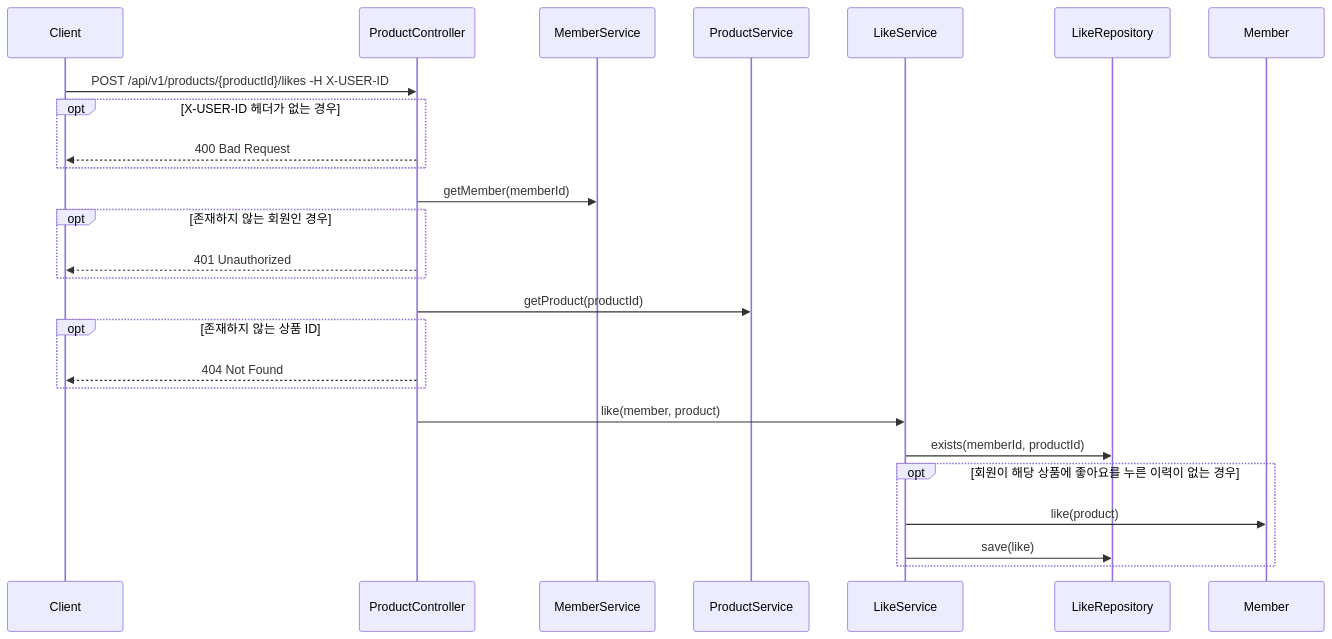
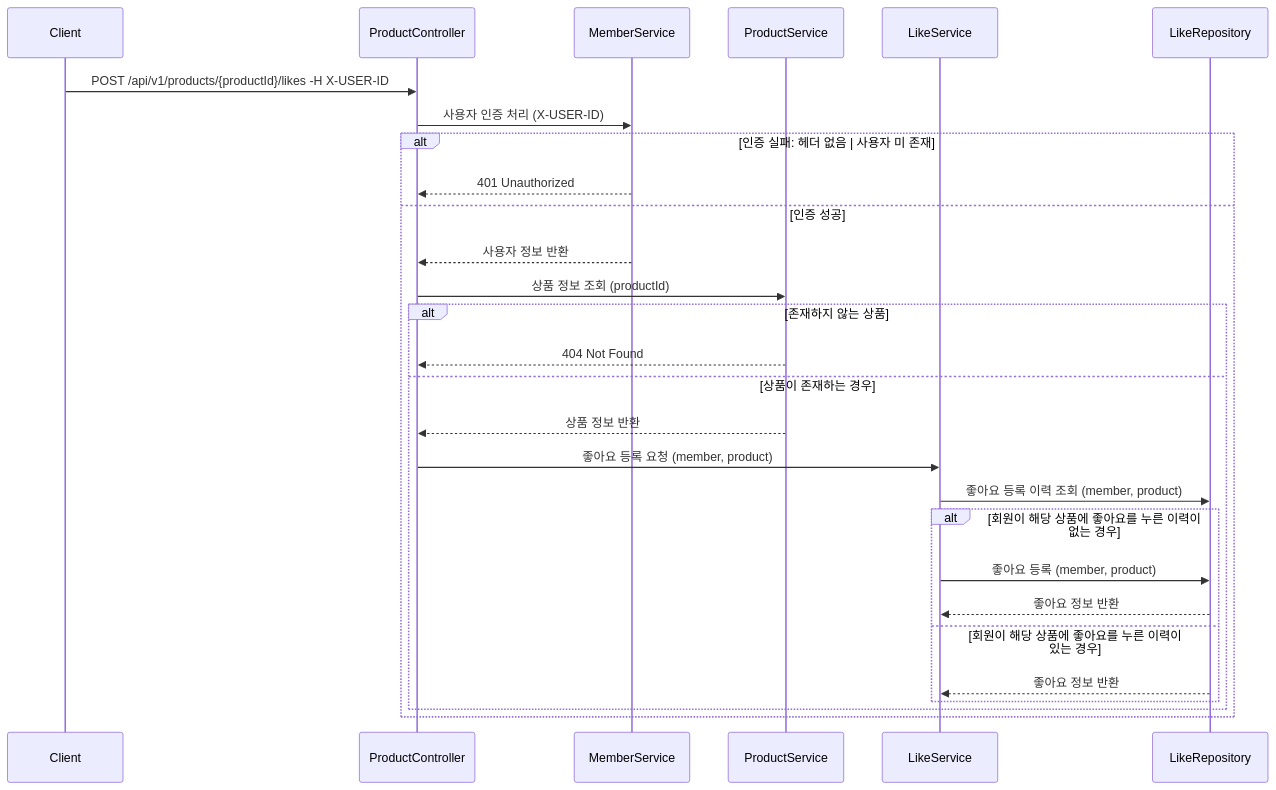
Before and after one commit to dhgu-dev/e-commerce: the fourth of 9 diagrams in docs/design/02-sequence-diagrams.md, drawn with Mermaid. The commit also changed other lines of this file and 3 other files, not shown here.

First line of the commit message:
docs: 시퀀스 및 클래스 다이어그램 개선 (#11)

````diff
--- a/docs/design/02-sequence-diagrams.md
+++ b/docs/design/02-sequence-diagrams.md
@@ -97,29 +92,31 @@
 ```mermaid
 sequenceDiagram
-    participant Client
-    participant ProductController
-    participant MemberService
-    participant ProductService
-    participant LikeService
-    participant LikeRepository
-    participant Member
+    participant C as Client
+    participant PC as ProductController
+    participant MS as MemberService
+    participant PS as ProductService
+    participant LS as LikeService
+    participant LR as LikeRepository
 
-    Client->>ProductController: POST /api/v1/products/{productId}/likes -H X-USER-ID
-    opt X-USER-ID 헤더가 없는 경우
-        ProductController-->>Client: 400 Bad Request
-    end
-    ProductController->>MemberService: getMember(memberId)
-    opt 존재하지 않는 회원인 경우 
-        ProductController-->>Client: 401 Unauthorized
-    end
-    ProductController->>ProductService: getProduct(productId)
-    opt 존재하지 않는 상품 ID
-        ProductController-->>Client: 404 Not Found
-    end
-    ProductController->>LikeService: like(member, product)
-    LikeService->>LikeRepository: exists(memberId, productId)
-    opt 회원이 해당 상품에 좋아요를 누른 이력이 없는 경우 
-        LikeService->>Member: like(product)
-        LikeService->>LikeRepository: save(like)
+    C->>PC: POST /api/v1/products/{productId}/likes -H X-USER-ID
+    PC->>MS: 사용자 인증 처리 (X-USER-ID)
+    alt 인증 실패: 헤더 없음 | 사용자 미 존재
+        MS-->>PC: 401 Unauthorized
+    else 인증 성공
+        MS-->>PC: 사용자 정보 반환
+        PC->>PS: 상품 정보 조회 (productId)
+        alt 존재하지 않는 상품
+            PS-->>PC: 404 Not Found
+        else 상품이 존재하는 경우
+            PS-->>PC: 상품 정보 반환
+            PC->>LS: 좋아요 등록 요청 (member, product)
+            LS->>LR: 좋아요 등록 이력 조회 (member, product)
+            alt 회원이 해당 상품에 좋아요를 누른 이력이 없는 경우
+                LS->>LR: 좋아요 등록 (member, product)
+                LR-->>LS: 좋아요 정보 반환
+            else 회원이 해당 상품에 좋아요를 누른 이력이 있는 경우
+                LR-->>LS: 좋아요 정보 반환
+            end
+        end
     end
 ```
````
